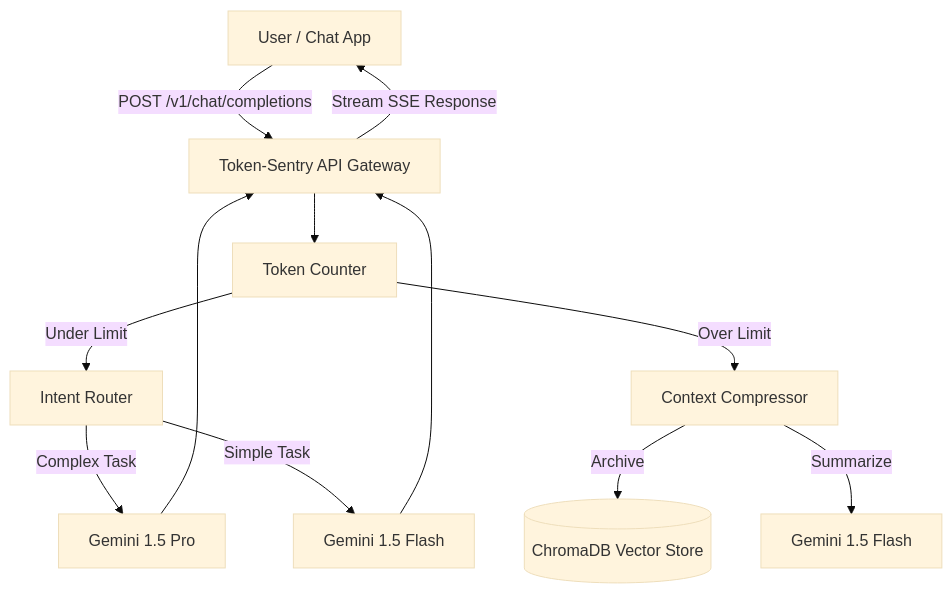
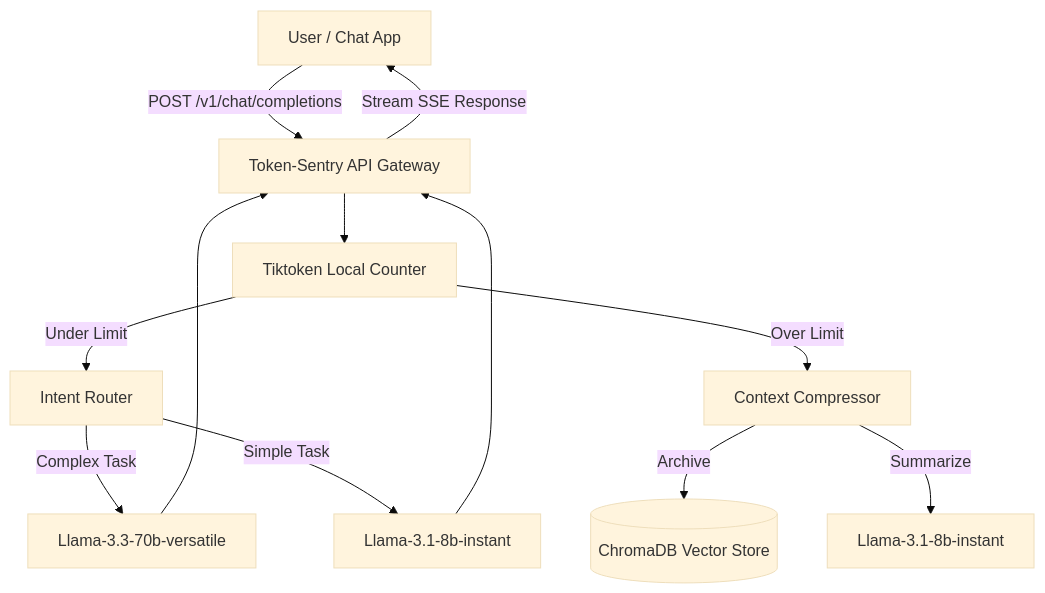
Before and after one commit to SayantanBong007/Token-Sentry: the diagram in README.md, drawn with Mermaid (base theme). The commit also changed other lines of this file and 2 other files, not shown here.

````diff
--- a/README.md
+++ b/README.md
@@ -21,19 +21,19 @@
 ```mermaid
 graph TD
     Client[User / Chat App] -->|POST /v1/chat/completions| Gateway[Token-Sentry API Gateway]
     
-    Gateway --> TokenCounter[Token Counter]
+    Gateway --> TokenCounter[Tiktoken Local Counter]
     TokenCounter -->|Under Limit| IntentRouter[Intent Router]
     TokenCounter -->|Over Limit| Compressor[Context Compressor]
     
     Compressor -->|Archive| VectorDB[(ChromaDB Vector Store)]
-    Compressor -->|Summarize| Summarizer[Gemini 1.5 Flash]
+    Compressor -->|Summarize| Summarizer[Llama-3.1-8b-instant]
     
-    IntentRouter -->|Complex Task| LLM_Main[Gemini 1.5 Pro]
-    IntentRouter -->|Simple Task| LLM_Cheap[Gemini 1.5 Flash]
+    IntentRouter -->|Complex Task| LLM_Main[Llama-3.3-70b-versatile]
+    IntentRouter -->|Simple Task| LLM_Cheap[Llama-3.1-8b-instant]
     
     LLM_Main --> Gateway
     LLM_Cheap --> Gateway
     
     Gateway -->|Stream SSE Response| Client
 ```
````
